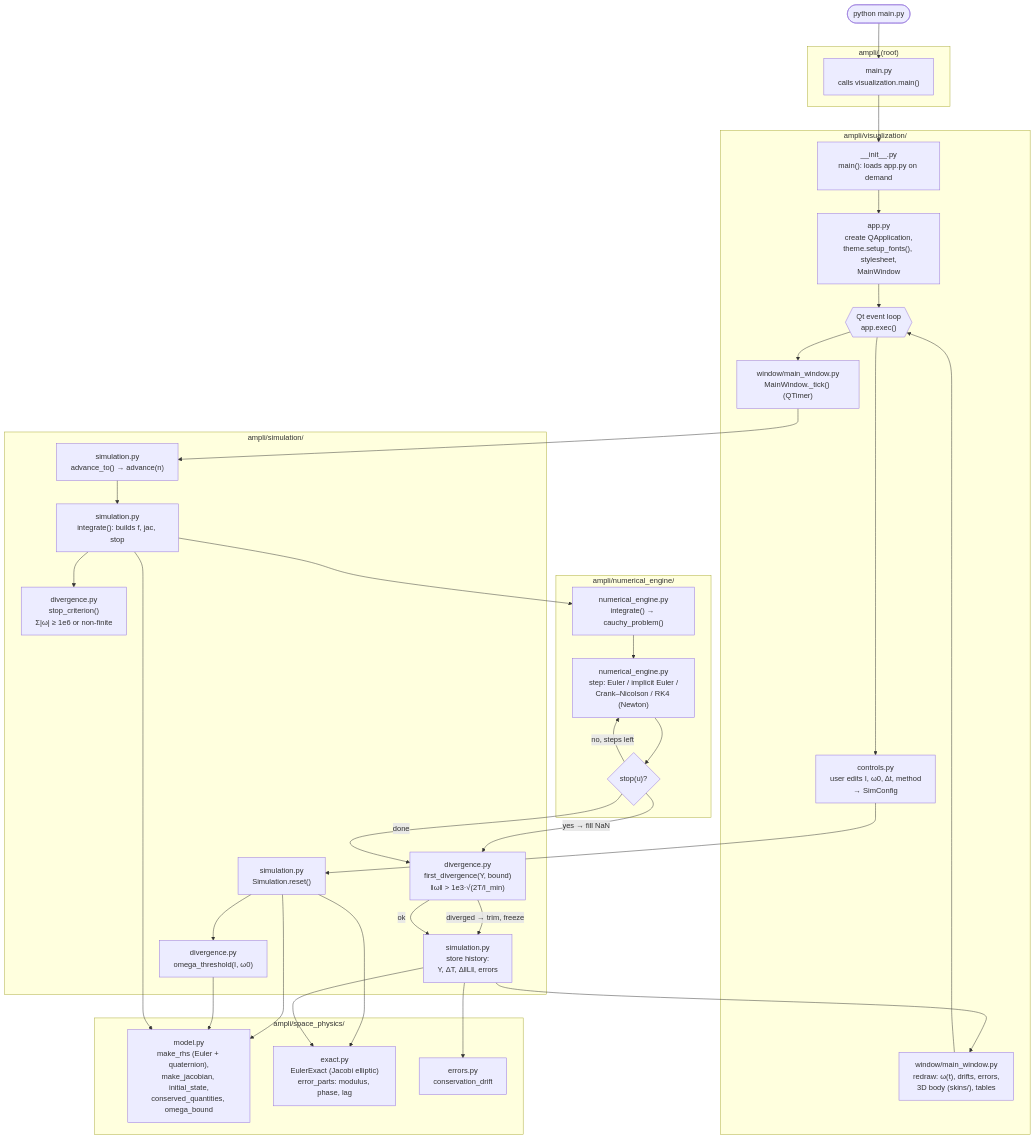
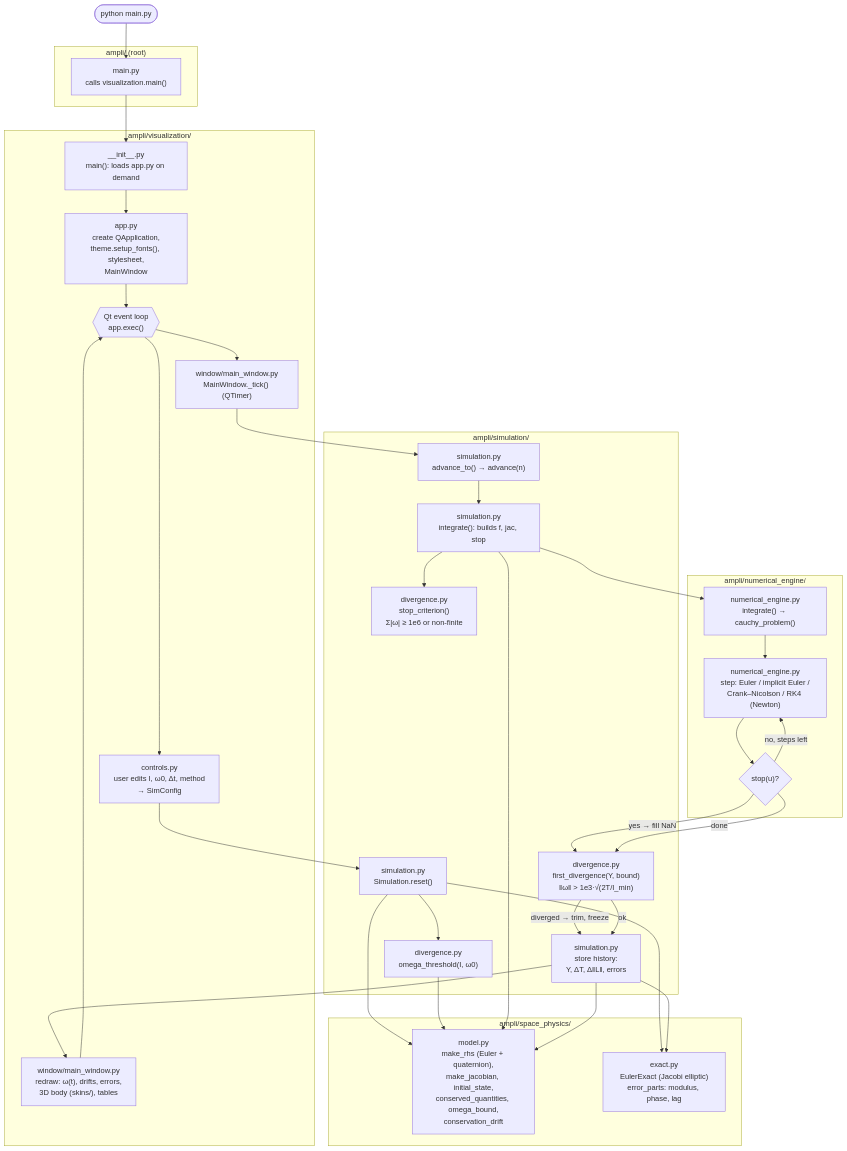
The first of 3 diagrams in read me/FLOWCHART.md (nuriasantamaria/grupo-4---integrantes-Beatriz-Sanz-Nuria-Santamaria-Juanjo-Campillo), drawn with Mermaid before and after one commit. The commit also changed other lines of this file and 16 other files, not shown here.

````diff
--- a/read me/FLOWCHART.md
+++ b/read me/FLOWCHART.md
@@ -15,58 +15,57 @@
 ```mermaid
 flowchart TD
     START([python main.py]) --> MAIN
 
     subgraph ROOT["ampli/ (root)"]
         MAIN["main.py<br/>calls visualization.main()"]
     end
 
     subgraph VIS["ampli/visualization/"]
         VINIT["__init__.py<br/>main(): loads app.py on demand"]
         APP["app.py<br/>create QApplication,<br/>theme.setup_fonts(), stylesheet,<br/>MainWindow"]
         LOOP{{"Qt event loop<br/>app.exec()"}}
         USER["controls.py<br/>user edits I, ω0, Δt, method<br/>→ SimConfig"]
         TICK["window/main_window.py<br/>MainWindow._tick() (QTimer)"]
         DRAW["window/main_window.py<br/>redraw: ω(t), drifts, errors,<br/>3D body (skins/), tables"]
     end
 
     subgraph SIM["ampli/simulation/"]
         RESET["simulation.py<br/>Simulation.reset()"]
         ADV["simulation.py<br/>advance_to() → advance(n)"]
         INTEG["simulation.py<br/>integrate(): builds f, jac, stop"]
         DIVSTOP["divergence.py<br/>stop_criterion()<br/>Σ|ω| ≥ 1e6 or non-finite"]
         DIVFIRST["divergence.py<br/>first_divergence(Y, bound)<br/>‖ω‖ > 1e3·√(2T/I_min)"]
         DIVTHR["divergence.py<br/>omega_threshold(I, ω0)"]
         HIST["simulation.py<br/>store history:<br/>Y, ΔT, Δ‖L‖, errors"]
     end
 
     subgraph PHYS["ampli/space_physics/"]
-        MODEL["model.py<br/>make_rhs (Euler + quaternion),<br/>make_jacobian, initial_state,<br/>conserved_quantities, omega_bound"]
+        MODEL["model.py<br/>make_rhs (Euler + quaternion),<br/>make_jacobian, initial_state,<br/>conserved_quantities, omega_bound,<br/>conservation_drift"]
         EXACT["exact.py<br/>EulerExact (Jacobi elliptic)<br/>error_parts: modulus, phase, lag"]
-        ERRS["errors.py<br/>conservation_drift"]
     end
 
     subgraph ENG["ampli/numerical_engine/"]
         NEINT["numerical_engine.py<br/>integrate() → cauchy_problem()"]
         STEP["numerical_engine.py<br/>step: Euler / implicit Euler /<br/>Crank–Nicolson / RK4 (Newton)"]
         STOPQ{"stop(u)?"}
     end
 
     MAIN --> VINIT --> APP --> LOOP
     LOOP --> USER --> RESET
     RESET --> MODEL
     RESET --> DIVTHR --> MODEL
     RESET --> EXACT
     LOOP --> TICK --> ADV
     ADV --> INTEG
     INTEG --> MODEL
     INTEG --> DIVSTOP
     INTEG --> NEINT --> STEP --> STOPQ
     STOPQ -- "no, steps left" --> STEP
     STOPQ -- "yes → fill NaN" --> DIVFIRST
     STOPQ -- "done" --> DIVFIRST
     DIVFIRST -- "diverged → trim, freeze" --> HIST
     DIVFIRST -- "ok" --> HIST
-    HIST --> ERRS
+    HIST --> MODEL
     HIST --> EXACT
     HIST --> DRAW --> LOOP
 ```
````
